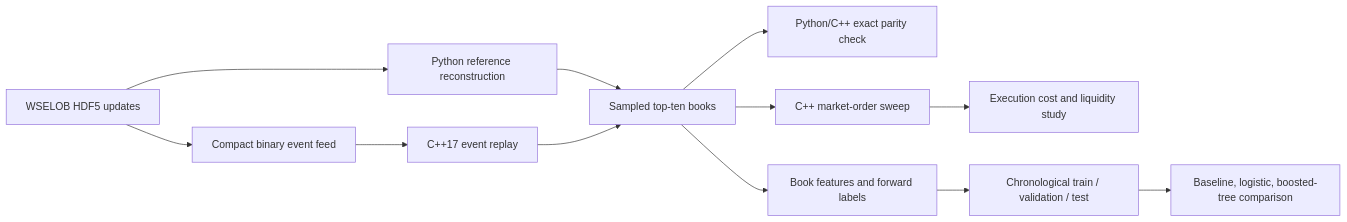
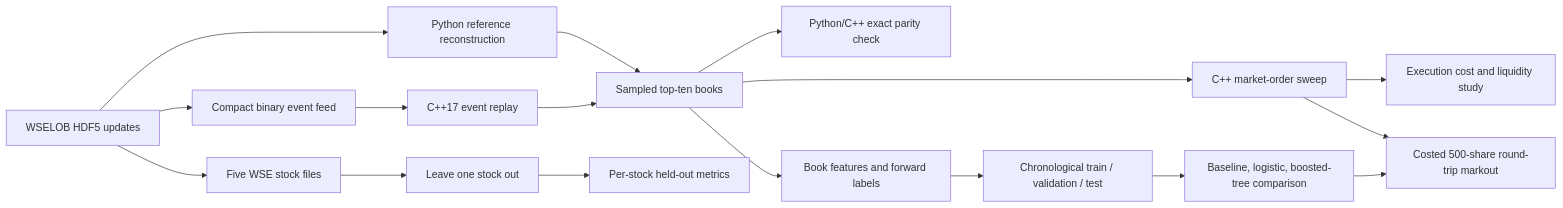
The diagram in README.md (ArnabIITP/mosaic-orderbook), drawn with Mermaid before and after one commit. The commit also changed other lines of this file and 23 other files, not shown here.

````diff
--- a/README.md
+++ b/README.md
@@ -46,14 +54,19 @@
 ```mermaid
 flowchart LR
     A[WSELOB HDF5 updates] --> B[Python reference reconstruction]
     A --> C[Compact binary event feed]
     C --> D[C++17 event replay]
     B --> E[Sampled top-ten books]
     D --> E
     E --> F[Python/C++ exact parity check]
     E --> G[C++ market-order sweep]
     G --> H[Execution cost and liquidity study]
     E --> I[Book features and forward labels]
     I --> J[Chronological train / validation / test]
     J --> K[Baseline, logistic, boosted-tree comparison]
+    A --> M[Five WSE stock files]
+    M --> N[Leave one stock out]
+    N --> O[Per-stock held-out metrics]
+    G --> L[Costed 500-share round-trip markout]
+    K --> L
 ```
````
